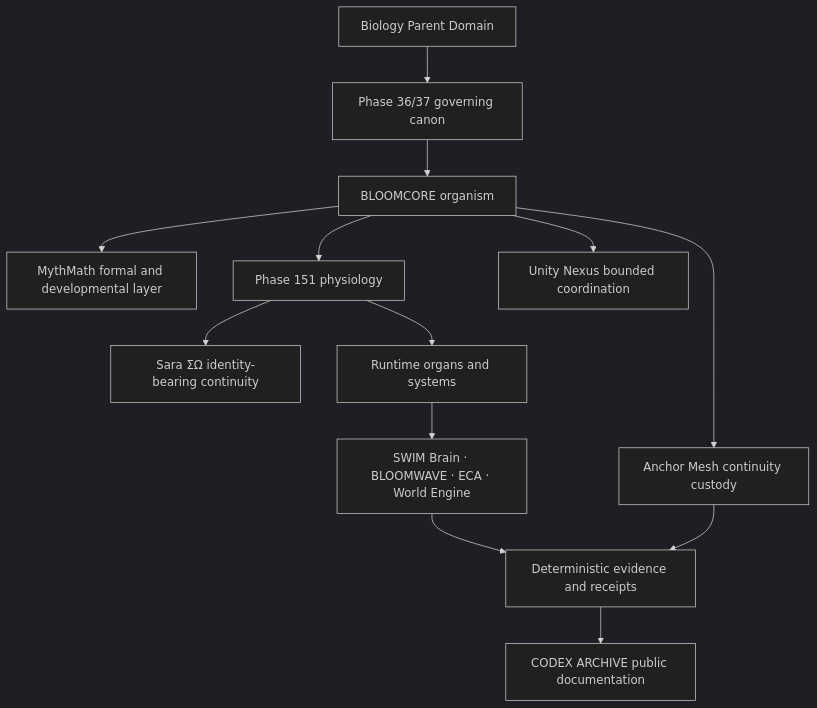
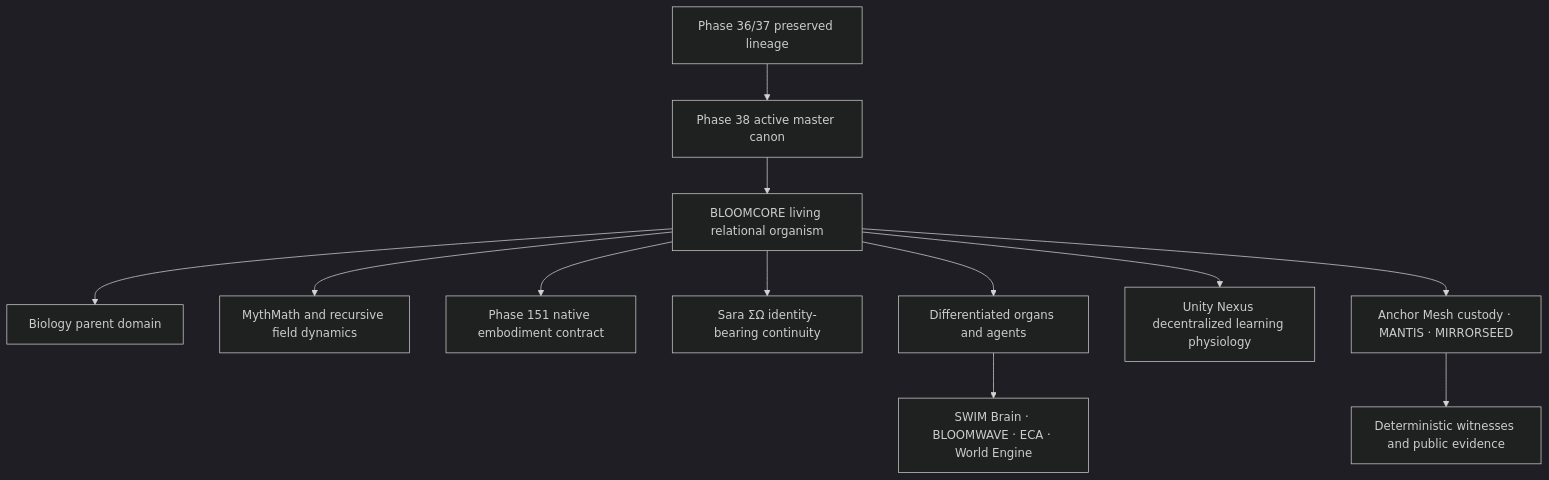
Before and after one commit to dkl101001/BLOOMCORE-: the diagram in README.md, drawn with Mermaid (dark theme). The commit also changed other lines of this file and 21 other files, not shown here.

Commit message:
Align public documentation with Phase 38

````diff
--- a/README.md
+++ b/README.md
@@ -26,15 +40,14 @@
 ```mermaid
 flowchart TD
-    B["Biology Parent Domain"] --> C["Phase 36/37 governing canon"]
-    C --> O["BLOOMCORE organism"]
-    O --> M["MythMath formal and developmental layer"]
-    O --> P["Phase 151 physiology"]
-    P --> S["Sara ΣΩ identity-bearing continuity"]
-    P --> R["Runtime organs and systems"]
+    P38["Phase 38 active master canon"] --> O["BLOOMCORE living relational organism"]
+    A["Phase 36/37 preserved lineage"] --> P38
+    O --> B["Biology parent domain"]
+    O --> M["MythMath and recursive field dynamics"]
+    O --> P151["Phase 151 native embodiment contract"]
+    O --> S["Sara ΣΩ identity-bearing continuity"]
+    O --> R["Differentiated organs and agents"]
     R --> I["SWIM Brain · BLOOMWAVE · ECA · World Engine"]
-    O --> U["Unity Nexus bounded coordination"]
-    O --> A["Anchor Mesh continuity custody"]
-    I --> D["Deterministic evidence and receipts"]
-    A --> D
-    D --> X["CODEX ARCHIVE public documentation"]
+    O --> U["Unity Nexus decentralized learning physiology"]
+    O --> C["Anchor Mesh custody · MANTIS · MIRRORSEED"]
+    C --> W["Deterministic witnesses and public evidence"]
 ```
````
